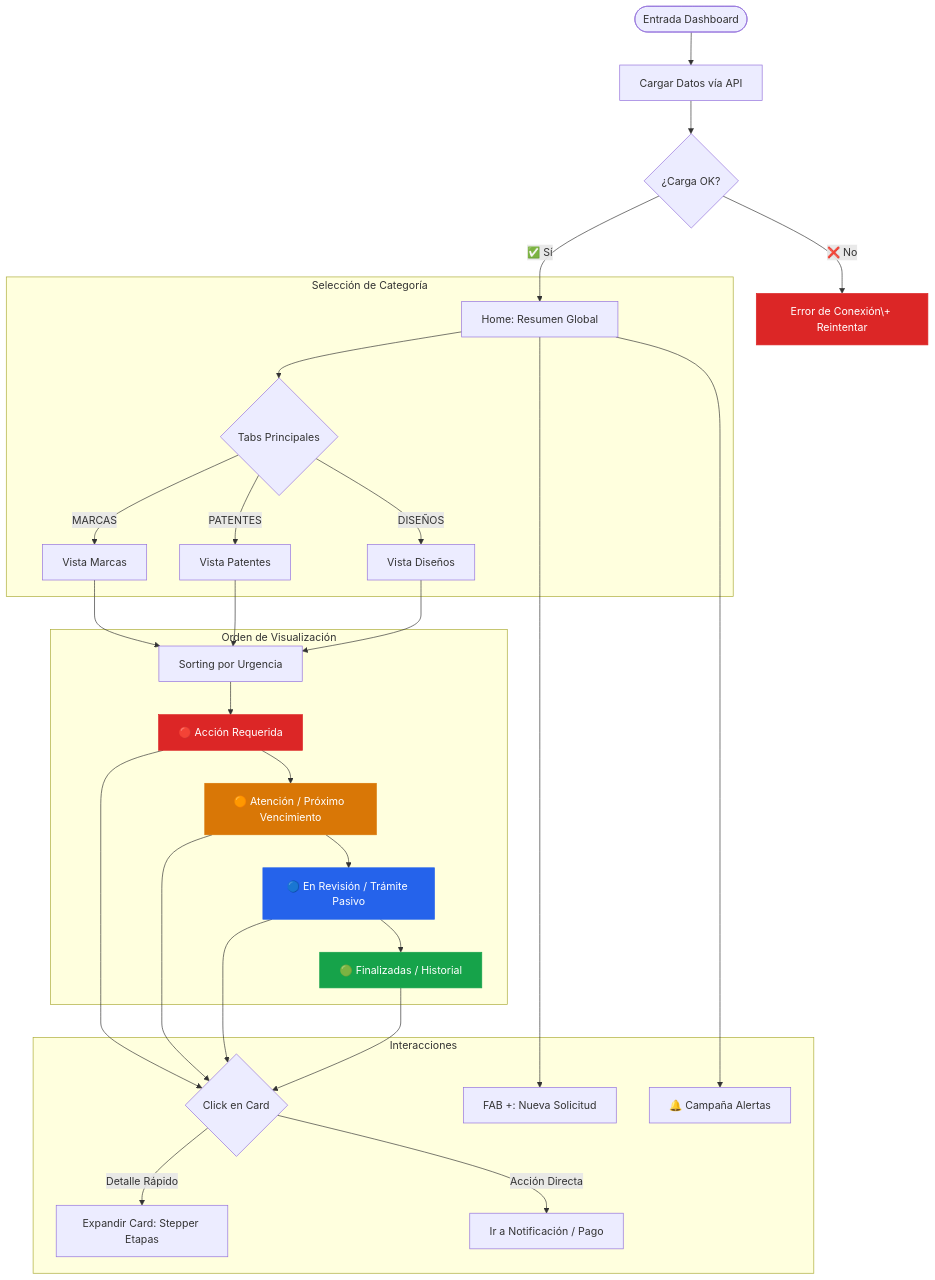
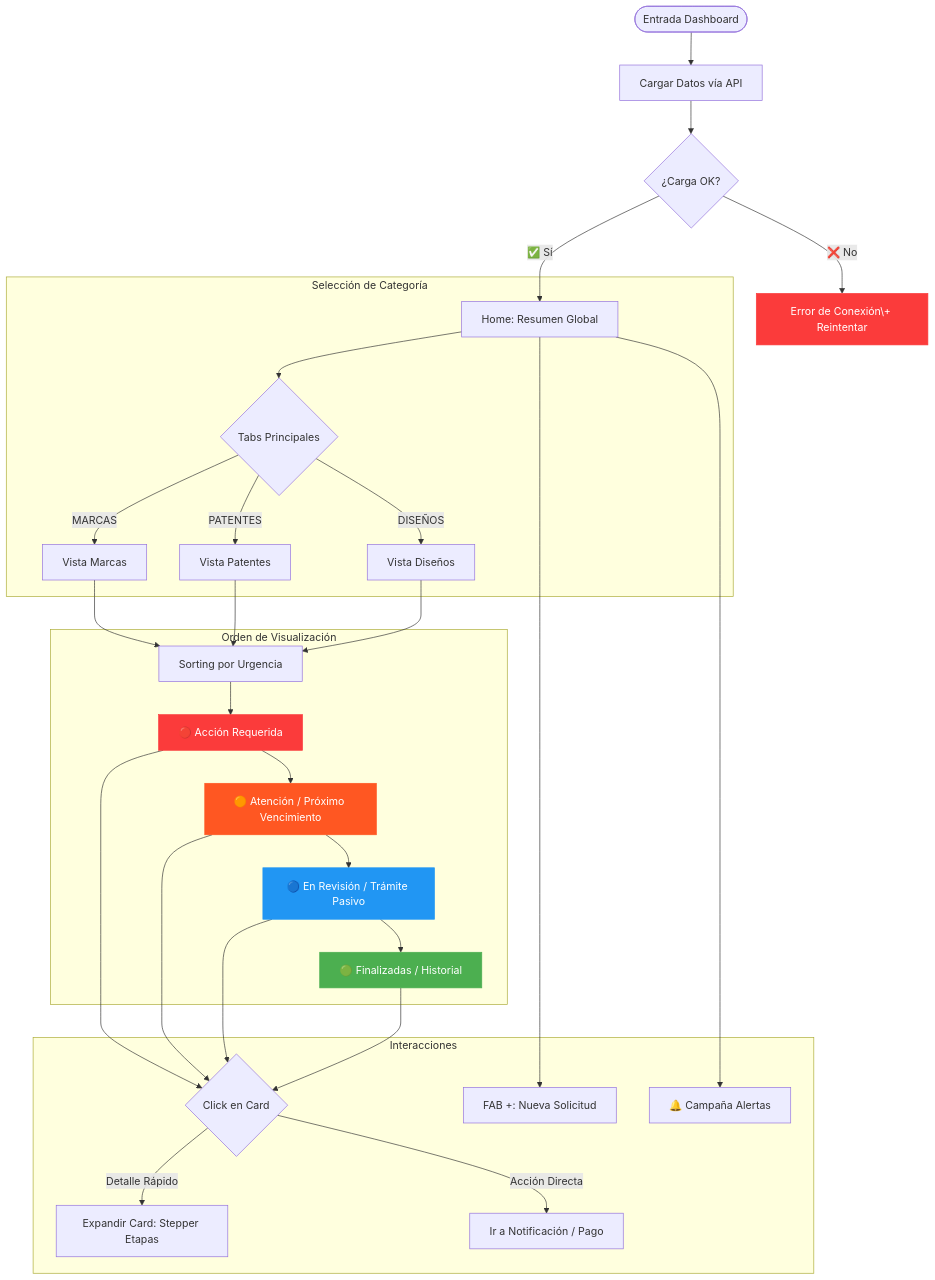
The third of 8 diagrams in docs/FLOW_DIAGRAMS.md (Fernandodesign96/mi-inapi-app), drawn with Mermaid before and after one commit. The commit also changed other lines of this file and 21 other files, not shown here.

````diff
--- a/docs/FLOW_DIAGRAMS.md
+++ b/docs/FLOW_DIAGRAMS.md
@@ -80,38 +82,38 @@
 ```mermaid
 flowchart TD
     A([Entrada Dashboard]) --> B[Cargar Datos vía API]
     B --> C{¿Carga OK?}
     C -->|❌ No| D[Error de Conexión\+ Reintentar]
     
     C -->|✅ Sí| E[Home: Resumen Global]
     
     subgraph Categorias [Selección de Categoría]
         E --> F{Tabs Principales}
         F -->|MARCAS| G[Vista Marcas]
         F -->|PATENTES| H[Vista Patentes]
         F -->|DISEÑOS| I[Vista Diseños]
     end
 
     subgraph Jerarquia_Jerem [Orden de Visualización]
         G & H & I --> J[Sorting por Urgencia]
         J --> K[🔴 Acción Requerida]
         K --> L[🟠 Atención / Próximo Vencimiento]
         L --> M[🔵 En Revisión / Trámite Pasivo]
         M --> N[🟢 Finalizadas / Historial]
     end
 
     subgraph Acciones [Interacciones]
         K & L & M & N --> O{Click en Card}
         O -->|Detalle Rápido| P[Expandir Card: Stepper Etapas]
         O -->|Acción Directa| Q[Ir a Notificación / Pago]
         
         E --> R[FAB +: Nueva Solicitud]
         E --> S[🔔 Campaña Alertas]
     end
 
-    style D fill:#DC2626,stroke:#DC2626,color:#fff
-    style K fill:#DC2626,stroke:#DC2626,color:#fff
-    style L fill:#D97706,stroke:#D97706,color:#fff
-    style M fill:#2563EB,stroke:#2563EB,color:#fff
-    style N fill:#16A34A,stroke:#16A34A,color:#fff
+    style D fill:#FB3B3B,stroke:#FB3B3B,color:#fff
+    style K fill:#FB3B3B,stroke:#FB3B3B,color:#fff
+    style L fill:#FF5722,stroke:#FF5722,color:#fff
+    style M fill:#2196F3,stroke:#2196F3,color:#fff
+    style N fill:#4CAF50,stroke:#4CAF50,color:#fff
 ```
````
